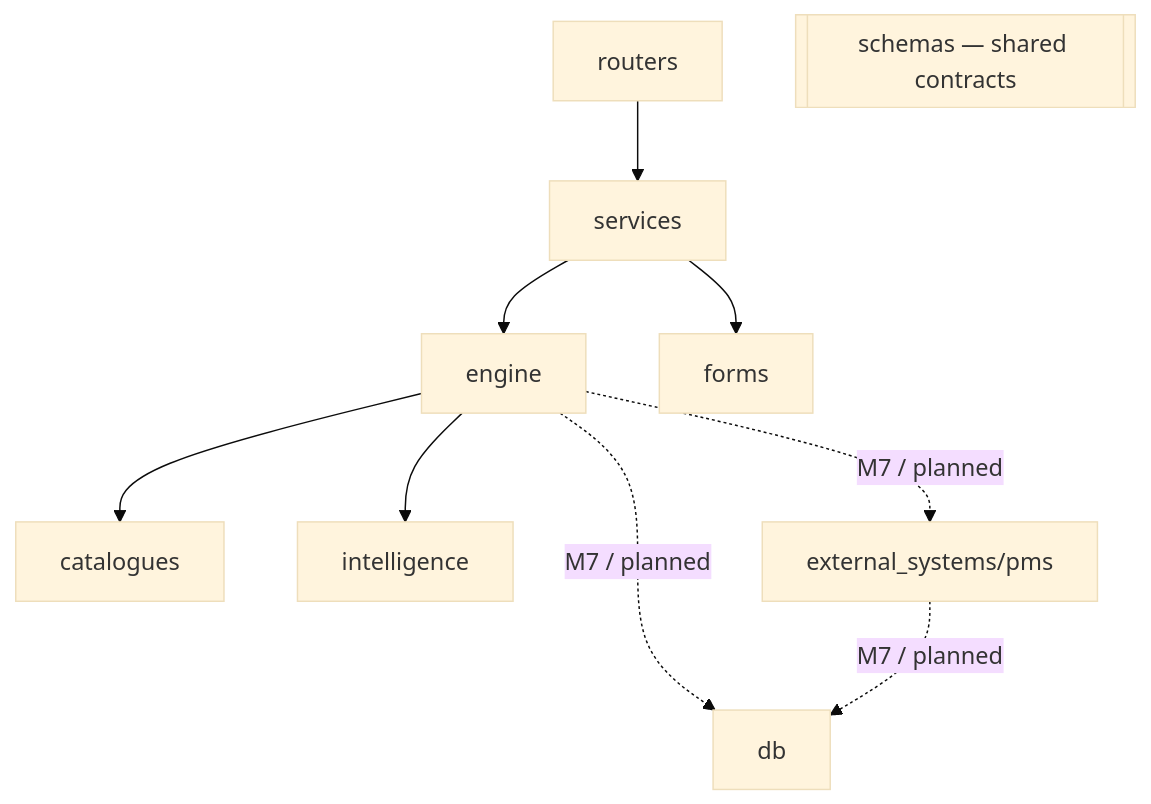
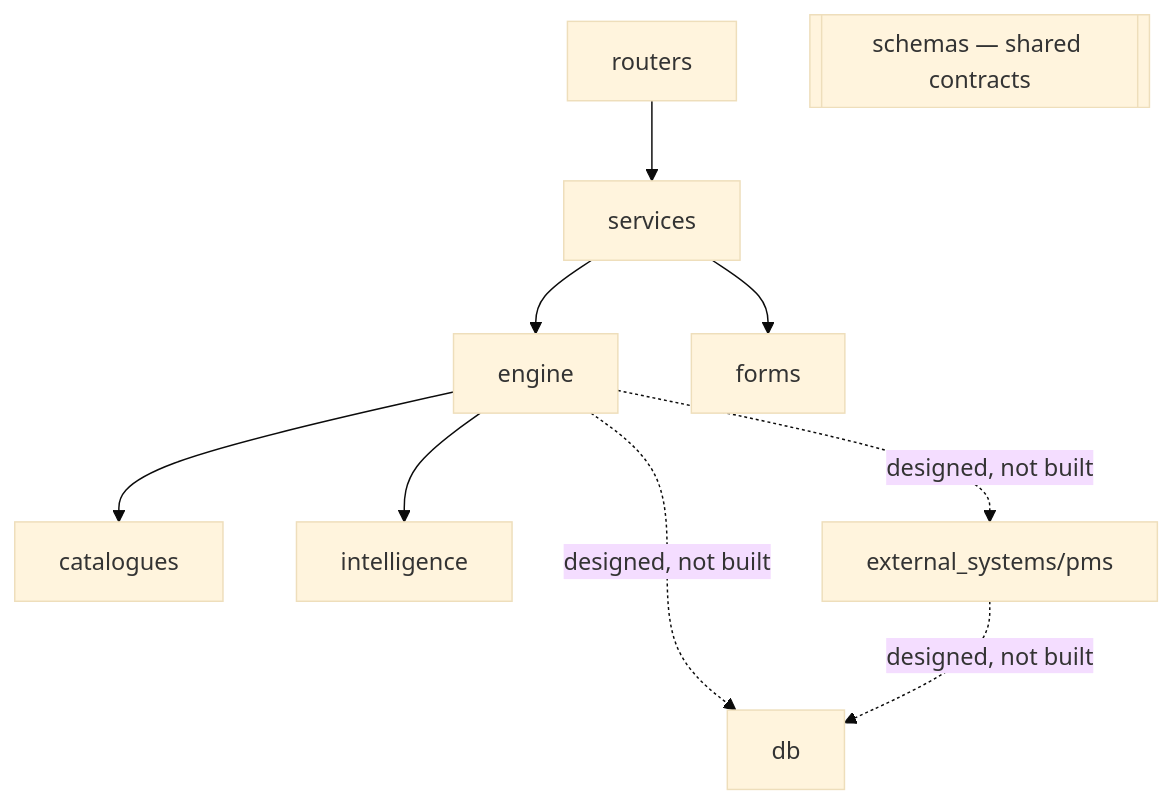
The first of 5 diagrams in docs/structures/STRUCTURE.md (Align-Health-Tech/Align-Main), drawn with Mermaid (base theme) before and after one commit. The commit also changed other lines of this file and 9 other files, not shown here.

````diff
--- a/docs/structures/STRUCTURE.md
+++ b/docs/structures/STRUCTURE.md
@@ -7,22 +7,22 @@
 ```mermaid
 flowchart TB
   R[routers]
   SVC[services]
   E[engine]
   F[forms]
   C[catalogues]
   INT[intelligence]
   PMS[external_systems/pms]
   DB[db]
 
   R --> SVC
   SVC --> E
   SVC --> F
   E --> INT
   E --> C
-  E -.->|M7 / planned| PMS
-  E -.->|M7 / planned| DB
-  PMS -.->|M7 / planned| DB
+  E -.->|designed, not built| PMS
+  E -.->|designed, not built| DB
+  PMS -.->|designed, not built| DB
 
   S[[schemas — shared contracts]]
 ```
````
